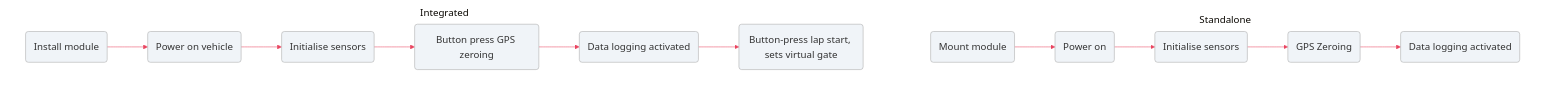
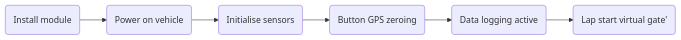
Before and after one commit to ptmotorsport/PT-IMU2CAN: the second of 4 diagrams in README.md, drawn with Mermaid. The commit also changed other lines of this file, not shown here.

````diff
--- a/README.md
+++ b/README.md
@@ -28,17 +39,9 @@
 ```mermaid
-%%{init: {'theme': 'base', 'themeVariables': {'fontSize': '18px', 'lineColor': '#e94560', 'mainBkg': '#f0f4f8', 'nodeBorder': '#aaaaaa', 'textColor': '#222222', 'clusterBkg': 'transparent', 'clusterBorder': 'transparent'}, 'flowchart': {'curve': 'basis'}}}%%
-flowchart TD
-    subgraph Standalone
-        A(Mount module) --> B(Power on)
-        B --> C(Initialise sensors)
-        C --> D(GPS Zeroing)
-        D --> E(Data logging activated)
-    end
-    subgraph Integrated
-        F(Install module) --> G(Power on vehicle)
-        G --> H(Initialise sensors)
-        H --> I(Button press GPS zeroing)
-        I --> J(Data logging activated)
-        J --> K(Button-press lap start, sets virtual gate)
-    end
+flowchart LR
+
+F(Install module) --> G(Power on vehicle)
+G --> H(Initialise sensors)
+H --> I(Button GPS zeroing)
+I --> J(Data logging active)
+J --> K(Lap start virtual gate')
 ```
````
